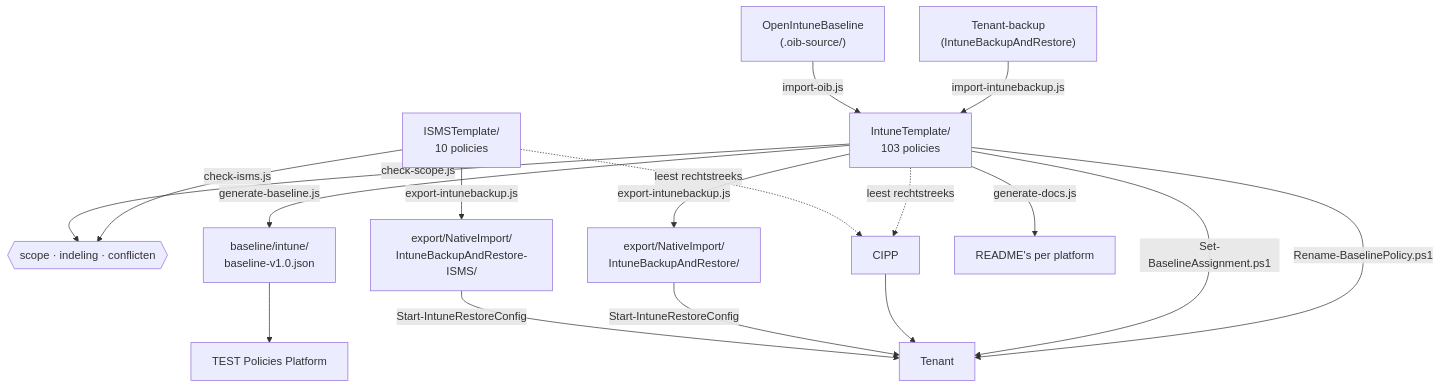
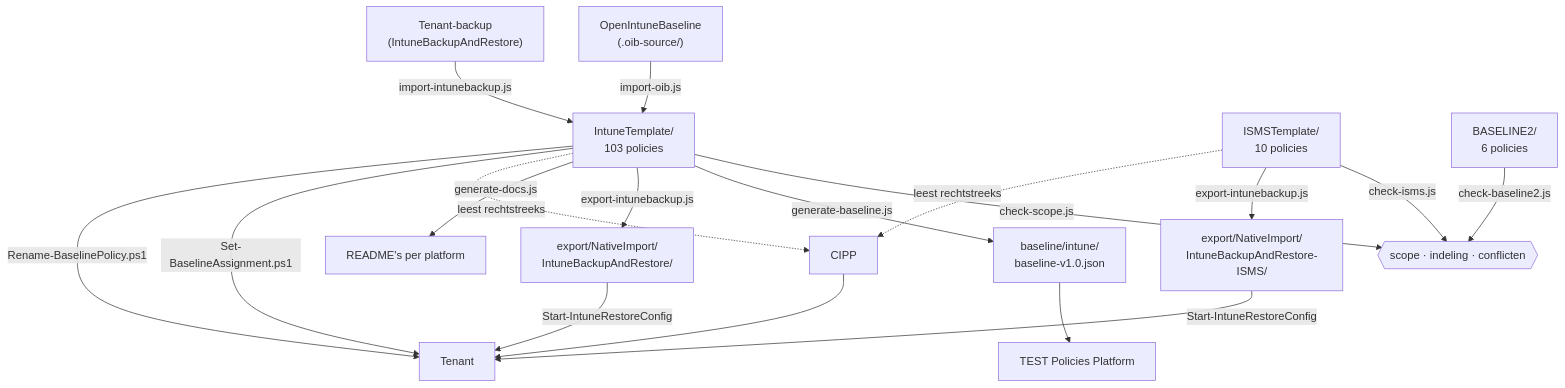
The diagram in scripts/README.md (sjkanon/IntuneBackup), drawn with Mermaid before and after one commit. The commit also changed other lines of this file and 2 other files, not shown here.

Commit message:
BASELINE2 in de controles en de README's hangen
De set stond er al, maar nog los van alles eromheen:

- .github/workflows: check-baseline2.js --docs draait nu als derde controle,
  BASELINE2/** en het script staan in de paths-trigger, en BASELINE2/README.md
  in add-paths zodat de gegenereerde README meekomt in de PR.
- README.md: BASELINE2/ naast IntuneTemplate/ en ISMSTemplate/, met een tabel
  die per set zegt wat het is, welke prefix, welke toewijzing en welke controle.
- scripts/README.md: check-baseline2.js in de scripttabel en in het diagram.

````diff
--- a/scripts/README.md
+++ b/scripts/README.md
@@ -7,20 +7,21 @@
 ```mermaid
 flowchart TD
   OIB["OpenIntuneBaseline<br/>(.oib-source/)"] -->|import-oib.js| T
   TEN["Tenant-backup<br/>(IntuneBackupAndRestore)"] -->|import-intunebackup.js| T
   T["IntuneTemplate/<br/>103 policies"]
   T -->|check-scope.js| CHK{{"scope · indeling · conflicten"}}
   T -->|generate-baseline.js| BL["baseline/intune/<br/>baseline-v1.0.json"]
   T -->|export-intunebackup.js| EX["export/NativeImport/<br/>IntuneBackupAndRestore/"]
   I["ISMSTemplate/<br/>10 policies"] -->|check-isms.js| CHK
+  B2["BASELINE2/<br/>6 policies"] -->|check-baseline2.js| CHK
   I -->|export-intunebackup.js| EXI["export/NativeImport/<br/>IntuneBackupAndRestore-ISMS/"]
   I -.->|leest rechtstreeks| CIPP
   EXI -->|Start-IntuneRestoreConfig| TENANT
   T -->|generate-docs.js| DOC["README's per platform"]
   T -.->|leest rechtstreeks| CIPP["CIPP"]
   BL --> PLAT["TEST Policies Platform"]
   EX -->|Start-IntuneRestoreConfig| TENANT["Tenant"]
   CIPP --> TENANT
   T -->|Set-BaselineAssignment.ps1| TENANT
   T -->|Rename-BaselinePolicy.ps1| TENANT
 ```
````
